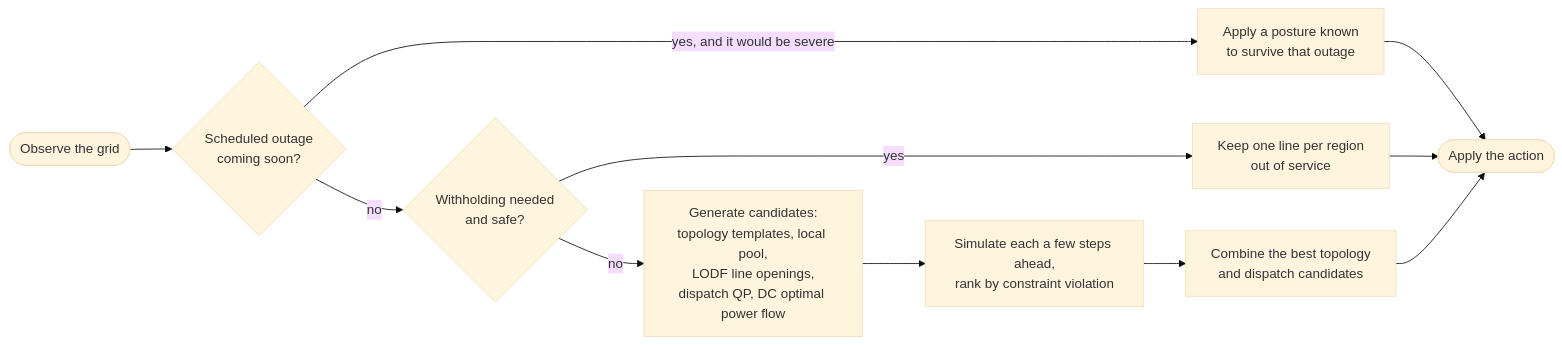
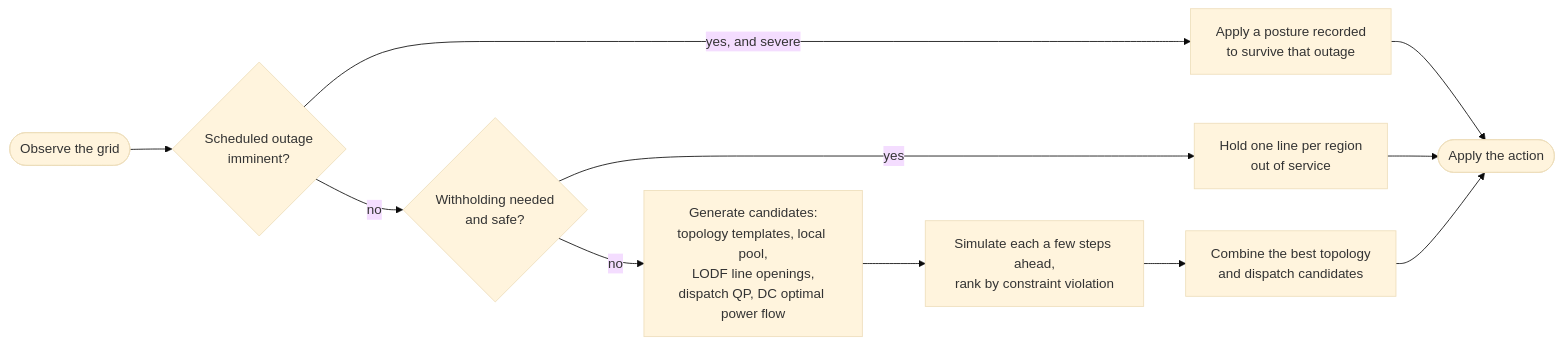
Before and after one commit to DavidKrame/RAD_agent__AI4RealNet_competition: the second of 2 diagrams in README.md, drawn with Mermaid (base theme). The commit also changed other lines of this file, not shown here.

````diff
--- a/README.md
+++ b/README.md
@@ -43,13 +46,13 @@
 ```mermaid
 flowchart LR
-    O([Observe the grid]) --> M{Scheduled outage<br/>coming soon?}
-    M -- "yes, and it would be severe" --> P[Apply a posture known<br/>to survive that outage]
+    O([Observe the grid]) --> M{Scheduled outage<br/>imminent?}
+    M -- "yes, and severe" --> P[Apply a posture recorded<br/>to survive that outage]
     M -- no --> W{Withholding needed<br/>and safe?}
-    W -- yes --> H[Keep one line per region<br/>out of service]
+    W -- yes --> H[Hold one line per region<br/>out of service]
     W -- no --> G["Generate candidates:<br/>topology templates, local pool,<br/>LODF line openings,<br/>dispatch QP, DC optimal power flow"]
     G --> R[Simulate each a few steps ahead,<br/>rank by constraint violation]
     R --> C[Combine the best topology<br/>and dispatch candidates]
     P --> A([Apply the action])
     H --> A
     C --> A
 ```
````
